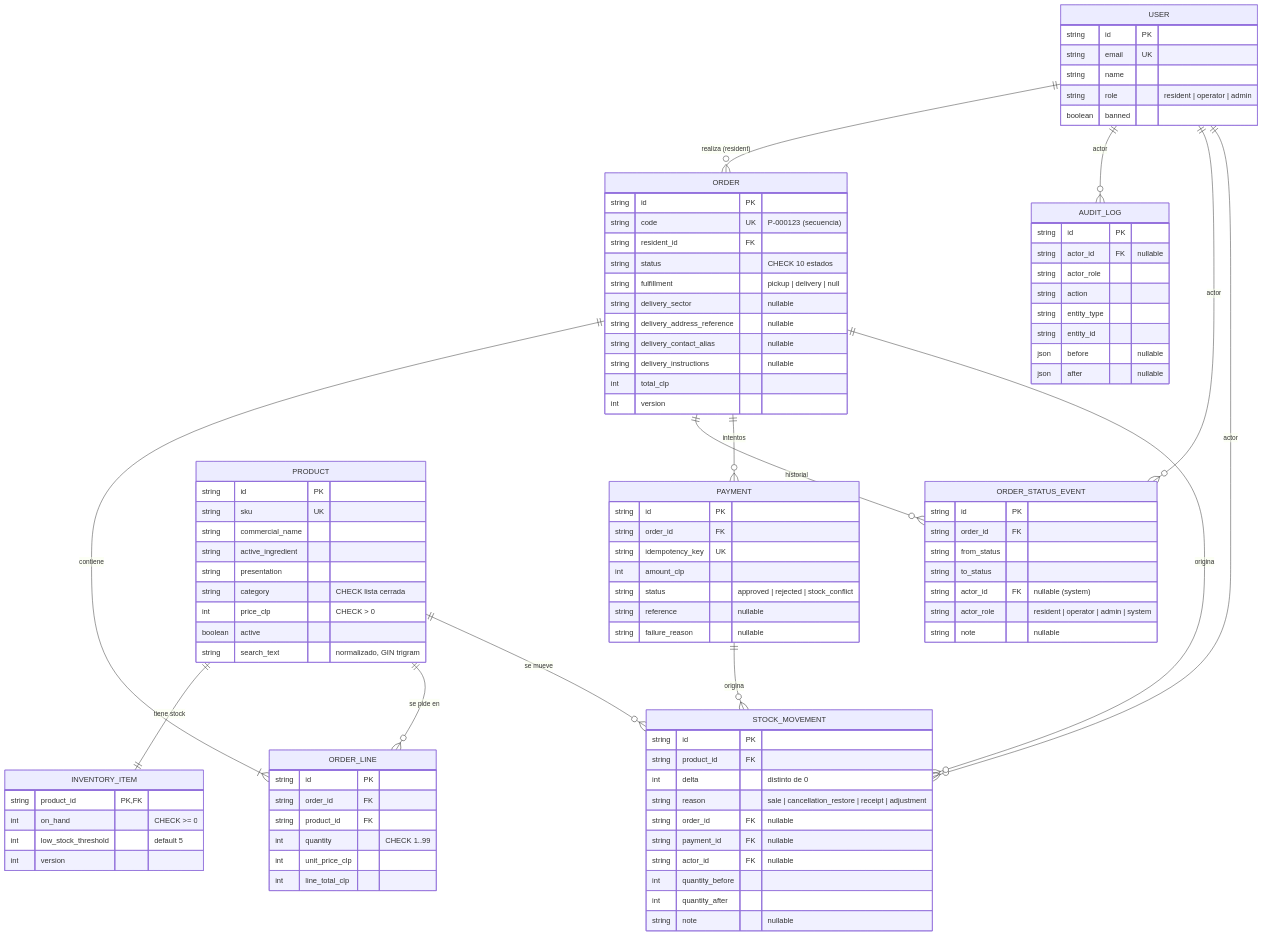
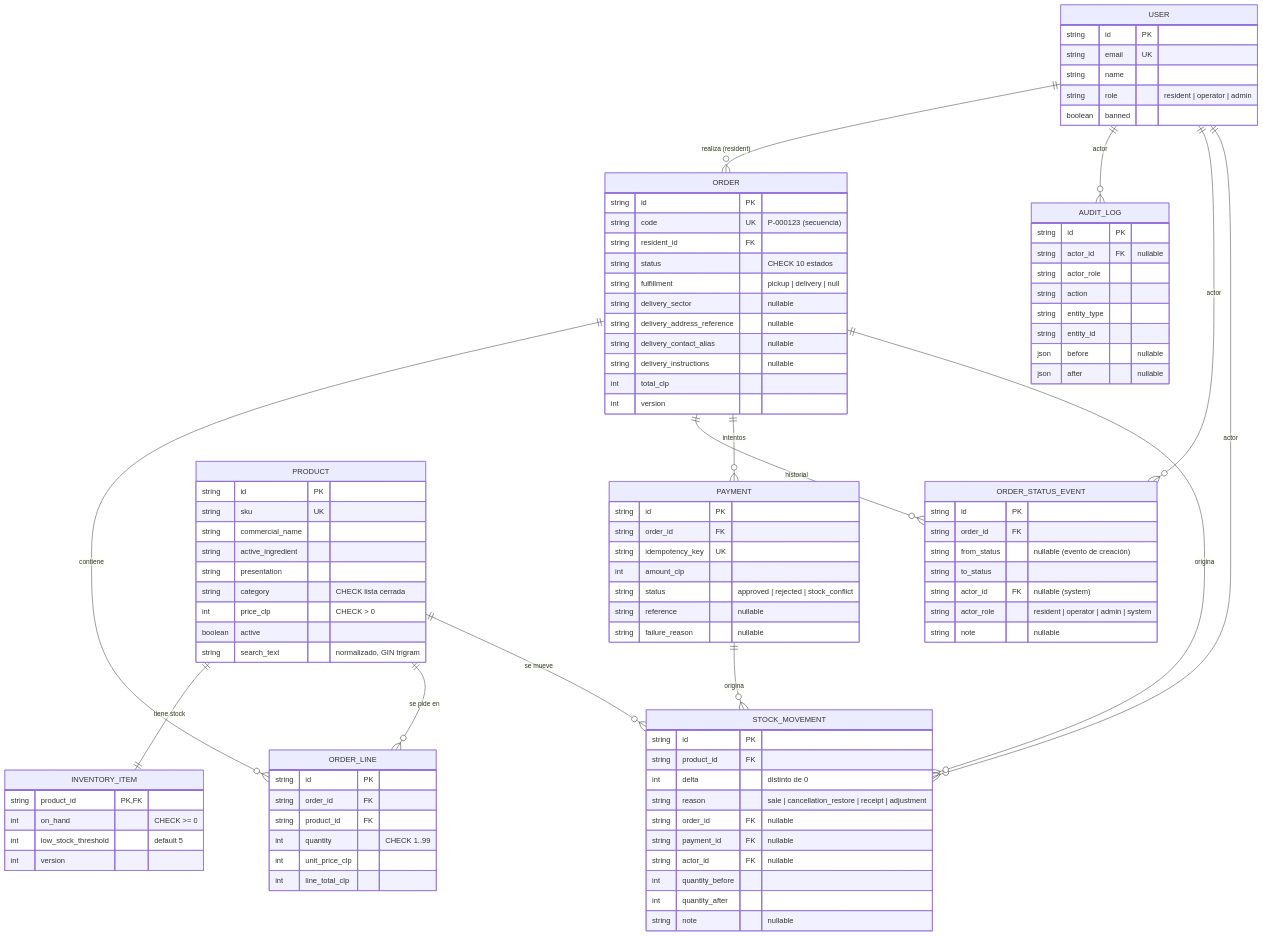
Before and after one commit to raztor/farmacias: the second of 2 diagrams in docs/specs/README.md, drawn with Mermaid. The commit also changed other lines of this file and 19 other files, not shown here.

```diff
--- a/docs/specs/README.md
+++ b/docs/specs/README.md
@@ -127,7 +127,7 @@
   PRODUCT ||--|| INVENTORY_ITEM : "tiene stock"
   PRODUCT ||--o{ ORDER_LINE : "se pide en"
   PRODUCT ||--o{ STOCK_MOVEMENT : "se mueve"
-  ORDER ||--|{ ORDER_LINE : "contiene"
+  ORDER ||--o{ ORDER_LINE : "contiene"
   ORDER ||--o{ ORDER_STATUS_EVENT : "historial"
   ORDER ||--o{ PAYMENT : "intentos"
   ORDER ||--o{ STOCK_MOVEMENT : "origina"
@@ -193,7 +193,7 @@
   ORDER_STATUS_EVENT {
     string id PK
     string order_id FK
-    string from_status
+    string from_status "nullable (evento de creación)"
     string to_status
     string actor_id FK "nullable (system)"
     string actor_role "resident | operator | admin | system"
```
